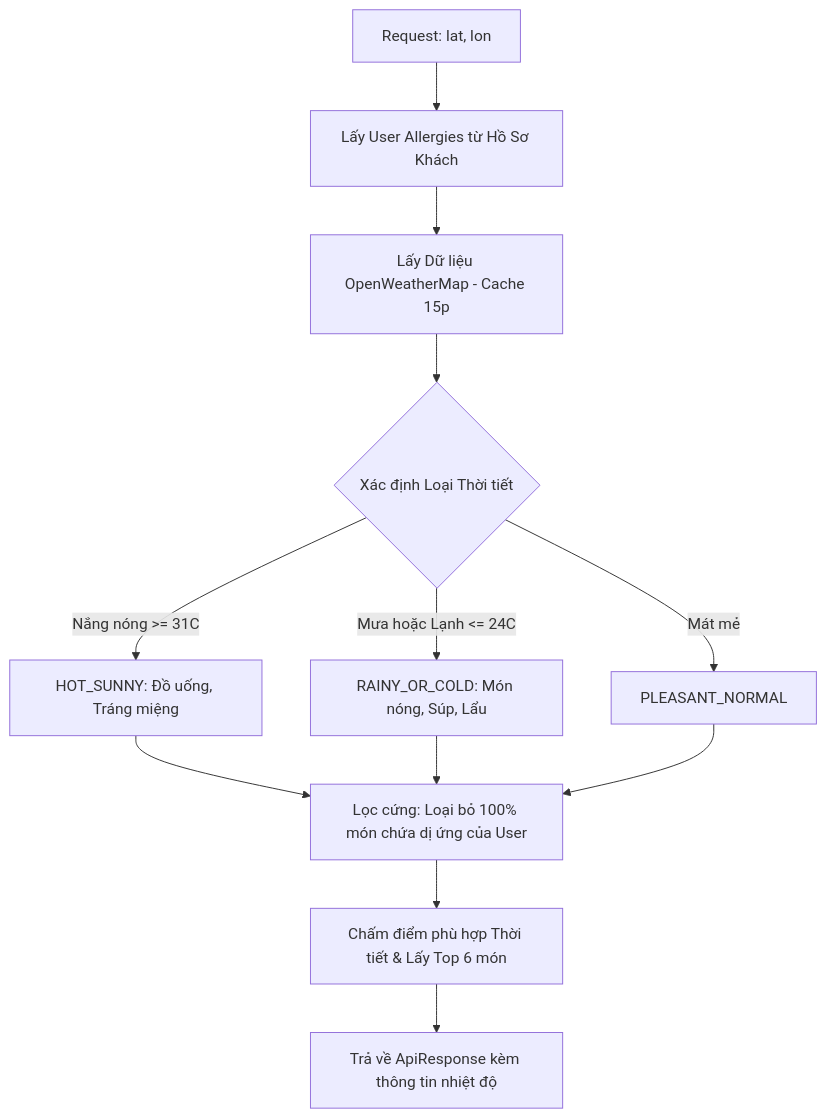
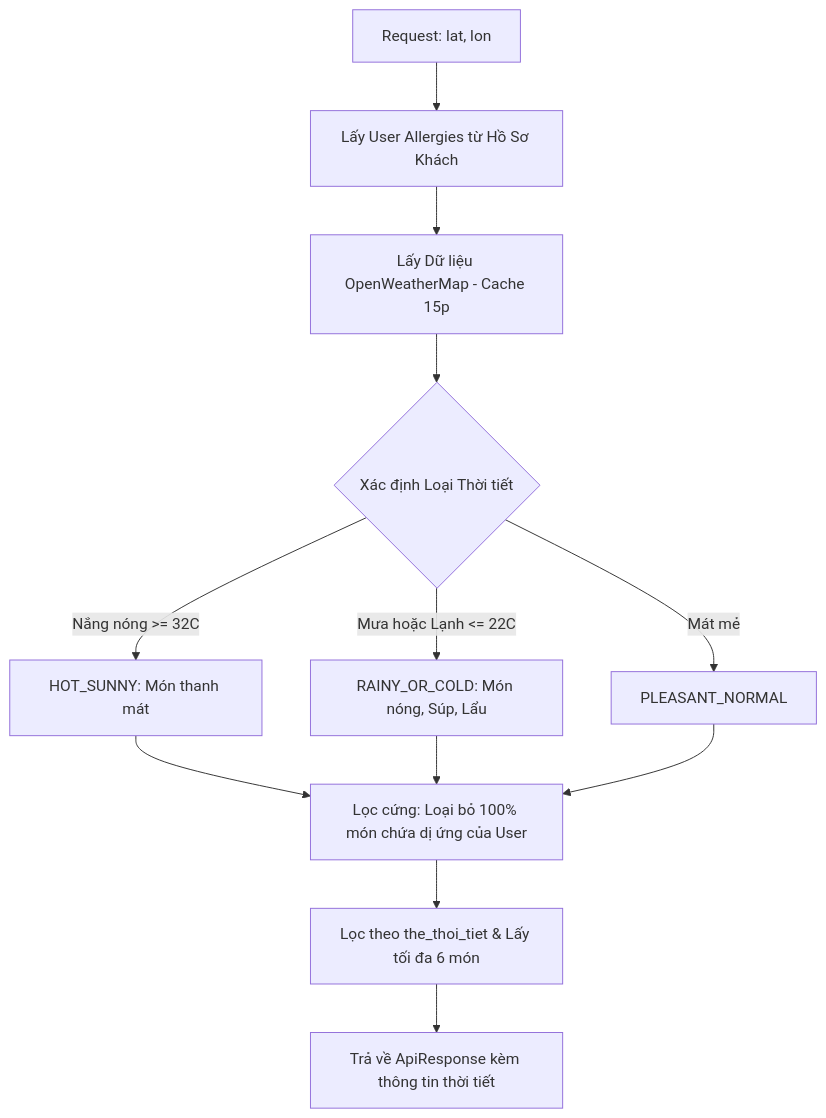
One commit to khoapoke/restaurant-fe changed the diagram in docs/modules/menu.md. Above: the diagram before and after it, drawn with Mermaid. The commit also changed other lines of this file and 32 other files, not shown here.

````diff
--- a/docs/modules/menu.md
+++ b/docs/modules/menu.md
@@ -136,12 +143,12 @@
 ```mermaid
 flowchart TD
     A[Request: lat, lon] --> B[Lấy User Allergies từ Hồ Sơ Khách]
     B --> C[Lấy Dữ liệu OpenWeatherMap - Cache 15p]
     C --> D{Xác định Loại Thời tiết}
-    D -- Nắng nóng >= 31C --> E[HOT_SUNNY: Đồ uống, Tráng miệng]
-    D -- Mưa hoặc Lạnh <= 24C --> F[RAINY_OR_COLD: Món nóng, Súp, Lẩu]
+    D -- Nắng nóng >= 32C --> E[HOT_SUNNY: Món thanh mát]
+    D -- Mưa hoặc Lạnh <= 22C --> F[RAINY_OR_COLD: Món nóng, Súp, Lẩu]
     D -- Mát mẻ --> G[PLEASANT_NORMAL]
     E & F & G --> H[Lọc cứng: Loại bỏ 100% món chứa dị ứng của User]
-    H --> I[Chấm điểm phù hợp Thời tiết & Lấy Top 6 món]
-    I --> J[Trả về ApiResponse kèm thông tin nhiệt độ]
+    H --> I[Lọc theo the_thoi_tiet & Lấy tối đa 6 món]
+    I --> J[Trả về ApiResponse kèm thông tin thời tiết]
 ```
````
